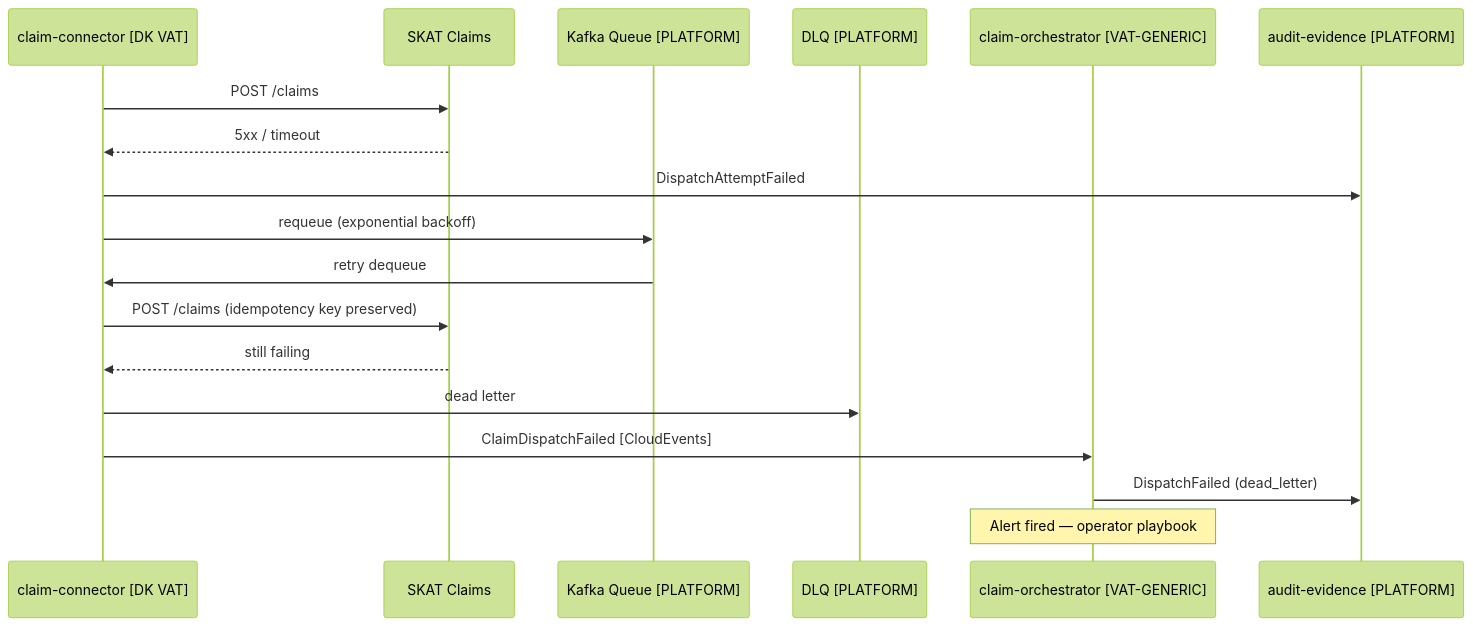
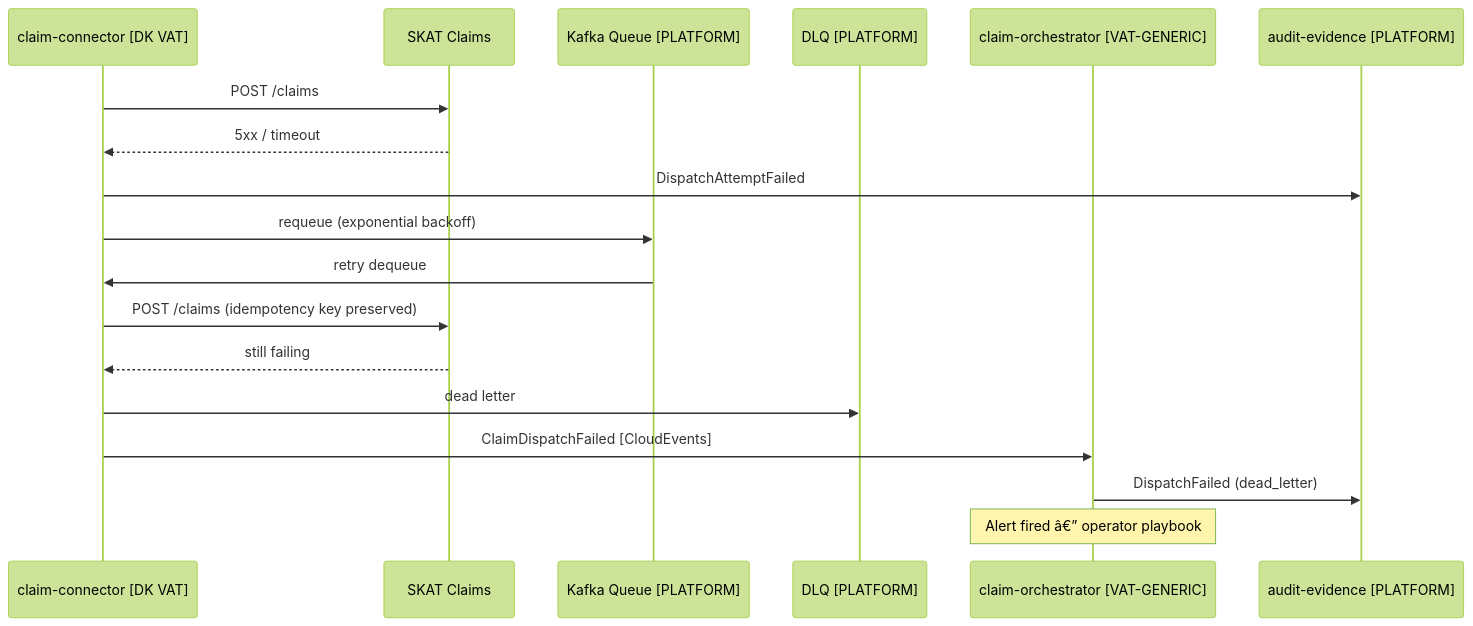
Before and after one commit to nc-tbi/VATRI-Codex: the eighth of 13 diagrams in design/01-vat-filing-assessment-solution-design.md, drawn with Mermaid (forest theme). The commit also changed other lines of this file and 13 other files, not shown here.

Commit message:
Incorporate latest BA updates and align architecture, traceability, and ViDA step coverage

````diff
--- a/design/01-vat-filing-assessment-solution-design.md
+++ b/design/01-vat-filing-assessment-solution-design.md
@@ -395,21 +395,21 @@
 ```mermaid
 sequenceDiagram
     participant CC as claim-connector [DK VAT]
     participant ECS as SKAT Claims
     participant Q as Kafka Queue [PLATFORM]
     participant DLQ as DLQ [PLATFORM]
     participant CO as claim-orchestrator [VAT-GENERIC]
     participant AE as audit-evidence [PLATFORM]
 
     CC->>ECS: POST /claims
     ECS-->>CC: 5xx / timeout
     CC->>AE: DispatchAttemptFailed
     CC->>Q: requeue (exponential backoff)
     Q->>CC: retry dequeue
     CC->>ECS: POST /claims (idempotency key preserved)
     ECS-->>CC: still failing
     CC->>DLQ: dead letter
     CC->>CO: ClaimDispatchFailed [CloudEvents]
     CO->>AE: DispatchFailed (dead_letter)
-    Note over CO: Alert fired — operator playbook
+    Note over CO: Alert fired â€” operator playbook
 ```
````
